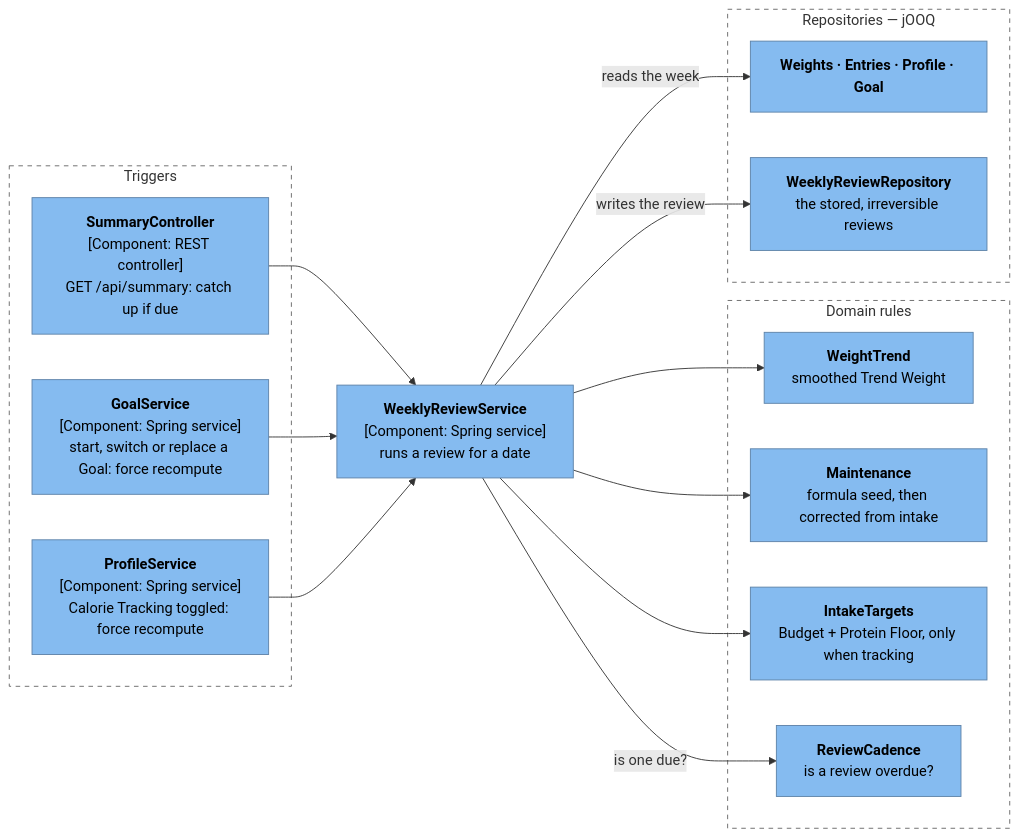
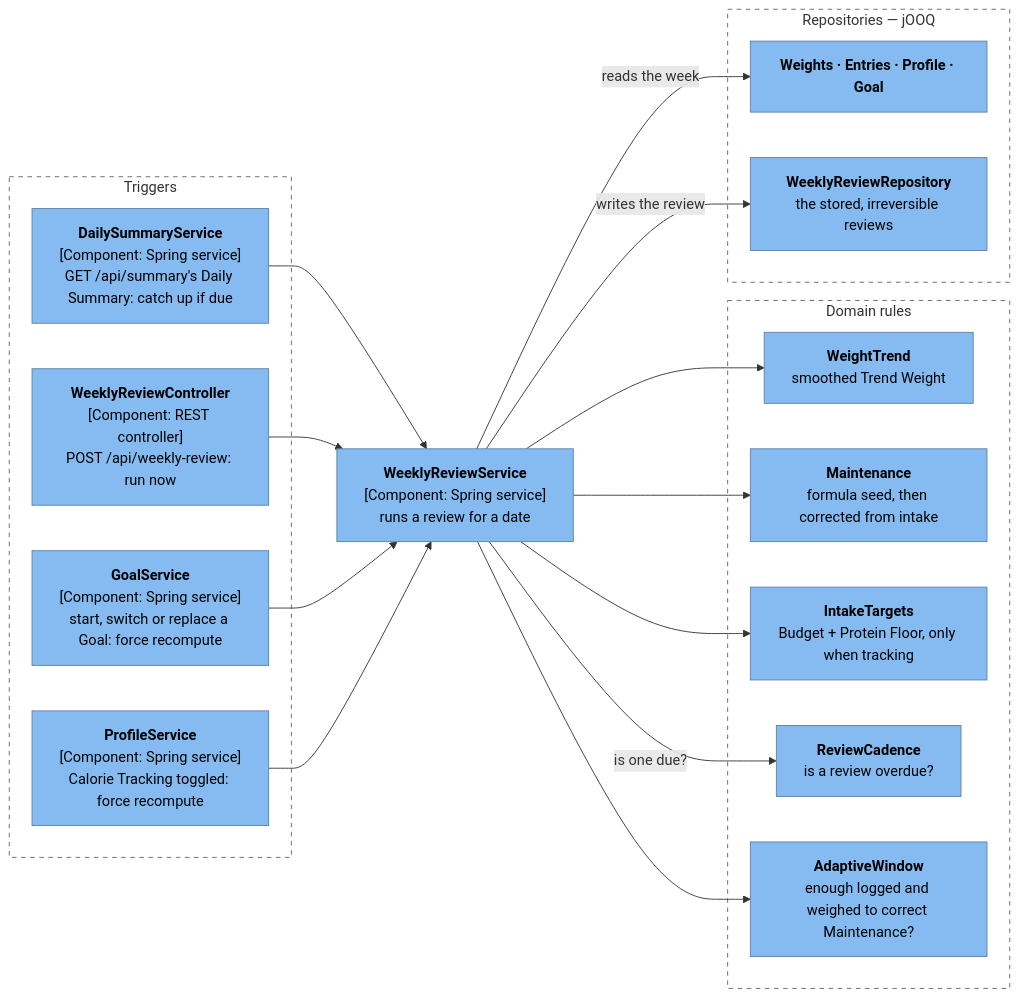
The fifth of 10 diagrams in docs/architecture.md (skrymer/tucker), drawn with Mermaid before and after one commit. The commit also changed other lines of this file and 66 other files, not shown here.

````diff
--- a/docs/architecture.md
+++ b/docs/architecture.md
@@ -204,37 +204,41 @@
 ```mermaid
 flowchart LR
   subgraph triggers["Triggers"]
-    summary["<b>SummaryController</b><br/>[Component: REST controller]<br/>GET /api/summary: catch up if due"]:::component
+    summary["<b>DailySummaryService</b><br/>[Component: Spring service]<br/>GET /api/summary's Daily Summary: catch up if due"]:::component
+    manual["<b>WeeklyReviewController</b><br/>[Component: REST controller]<br/>POST /api/weekly-review: run now"]:::component
     goal["<b>GoalService</b><br/>[Component: Spring service]<br/>start, switch or replace a Goal: force recompute"]:::component
     profile["<b>ProfileService</b><br/>[Component: Spring service]<br/>Calorie Tracking toggled: force recompute"]:::component
   end
 
   engine["<b>WeeklyReviewService</b><br/>[Component: Spring service]<br/>runs a review for a date"]:::component
 
   subgraph rules["Domain rules"]
     trend["<b>WeightTrend</b><br/>smoothed Trend Weight"]:::component
     maint["<b>Maintenance</b><br/>formula seed, then corrected from intake"]:::component
     targets["<b>IntakeTargets</b><br/>Budget + Protein Floor, only when tracking"]:::component
     cadence["<b>ReviewCadence</b><br/>is a review overdue?"]:::component
+    window["<b>AdaptiveWindow</b><br/>enough logged and weighed to correct Maintenance?"]:::component
   end
 
   subgraph inputs["Repositories — jOOQ"]
     reads["<b>Weights · Entries · Profile · Goal</b>"]:::component
     reviews["<b>WeeklyReviewRepository</b><br/>the stored, irreversible reviews"]:::component
   end
 
   summary --> engine
+  manual --> engine
   goal --> engine
   profile --> engine
   engine -- "is one due?" --> cadence
   engine -- "reads the week" --> reads
   engine --> trend
+  engine --> window
   engine --> maint
   engine --> targets
   engine -- "writes the review" --> reviews
 
   classDef component fill:#85bbf0,color:#000,stroke:#5d82a8
   style triggers fill:none,stroke:#666,stroke-dasharray:5 5
   style rules fill:none,stroke:#666,stroke-dasharray:5 5
   style inputs fill:none,stroke:#666,stroke-dasharray:5 5
 ```
````
